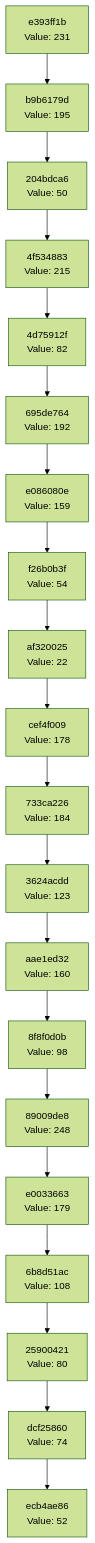
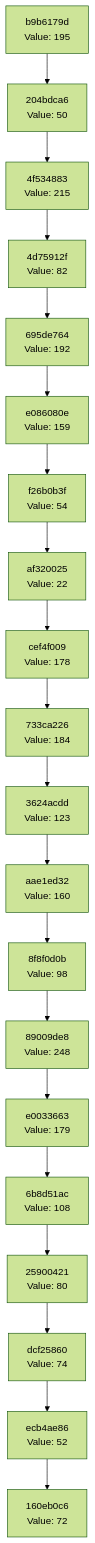
One commit to Abhisheksinha1506/hash-chain-evolver changed the diagram in docs/CHAIN_VISUALIZATION.md. Above: the diagram before and after it, drawn with Mermaid (forest theme). The commit also changed 2 other files, not shown here.

Commit message:
Evolution Step

````diff
--- a/docs/CHAIN_VISUALIZATION.md
+++ b/docs/CHAIN_VISUALIZATION.md
@@ -3,42 +3,42 @@
 ```mermaid
 graph TD
-    C0["ecb4ae86<br/>Value: 52"]
-    C1["dcf25860<br/>Value: 74"]
+    C0["160eb0c6<br/>Value: 72"]
+    C1["ecb4ae86<br/>Value: 52"]
     C1 --> C0
-    C2["25900421<br/>Value: 80"]
+    C2["dcf25860<br/>Value: 74"]
     C2 --> C1
-    C3["6b8d51ac<br/>Value: 108"]
+    C3["25900421<br/>Value: 80"]
     C3 --> C2
-    C4["e0033663<br/>Value: 179"]
+    C4["6b8d51ac<br/>Value: 108"]
     C4 --> C3
-    C5["89009de8<br/>Value: 248"]
+    C5["e0033663<br/>Value: 179"]
     C5 --> C4
-    C6["8f8f0d0b<br/>Value: 98"]
+    C6["89009de8<br/>Value: 248"]
     C6 --> C5
-    C7["aae1ed32<br/>Value: 160"]
+    C7["8f8f0d0b<br/>Value: 98"]
     C7 --> C6
-    C8["3624acdd<br/>Value: 123"]
+    C8["aae1ed32<br/>Value: 160"]
     C8 --> C7
-    C9["733ca226<br/>Value: 184"]
+    C9["3624acdd<br/>Value: 123"]
     C9 --> C8
-    C10["cef4f009<br/>Value: 178"]
+    C10["733ca226<br/>Value: 184"]
     C10 --> C9
-    C11["af320025<br/>Value: 22"]
+    C11["cef4f009<br/>Value: 178"]
     C11 --> C10
-    C12["f26b0b3f<br/>Value: 54"]
+    C12["af320025<br/>Value: 22"]
     C12 --> C11
-    C13["e086080e<br/>Value: 159"]
+    C13["f26b0b3f<br/>Value: 54"]
     C13 --> C12
-    C14["695de764<br/>Value: 192"]
+    C14["e086080e<br/>Value: 159"]
     C14 --> C13
-    C15["4d75912f<br/>Value: 82"]
+    C15["695de764<br/>Value: 192"]
     C15 --> C14
-    C16["4f534883<br/>Value: 215"]
+    C16["4d75912f<br/>Value: 82"]
     C16 --> C15
-    C17["204bdca6<br/>Value: 50"]
+    C17["4f534883<br/>Value: 215"]
     C17 --> C16
-    C18["b9b6179d<br/>Value: 195"]
+    C18["204bdca6<br/>Value: 50"]
     C18 --> C17
-    C19["e393ff1b<br/>Value: 231"]
+    C19["b9b6179d<br/>Value: 195"]
     C19 --> C18
 ```
````
